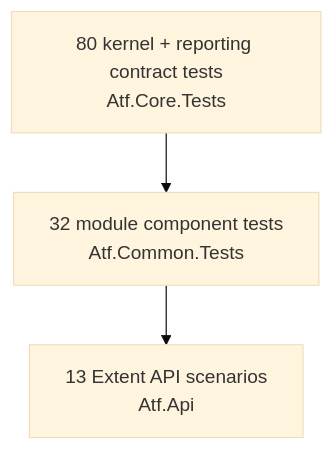
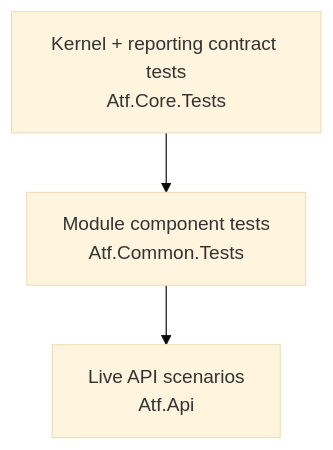
Before and after one commit to crististefanita/CS1: the third of 4 diagrams in Atf.Tests/README.md, drawn with Mermaid (base theme). The commit also changed other lines of this file and 128 other files, not shown here.

Commit message:
Refactor ATF reporting and expand test architecture

````diff
--- a/Atf.Tests/README.md
+++ b/Atf.Tests/README.md
@@ -121,7 +133,7 @@
 ```mermaid
 flowchart TB
-    L[13 Extent API scenarios\nAtf.Api]
-    C[32 module component tests\nAtf.Common.Tests]
-    U[80 kernel + reporting contract tests\nAtf.Core.Tests]
+    L[Live API scenarios\nAtf.Api]
+    C[Module component tests\nAtf.Common.Tests]
+    U[Kernel + reporting contract tests\nAtf.Core.Tests]
     U --> C --> L
 ```
````
